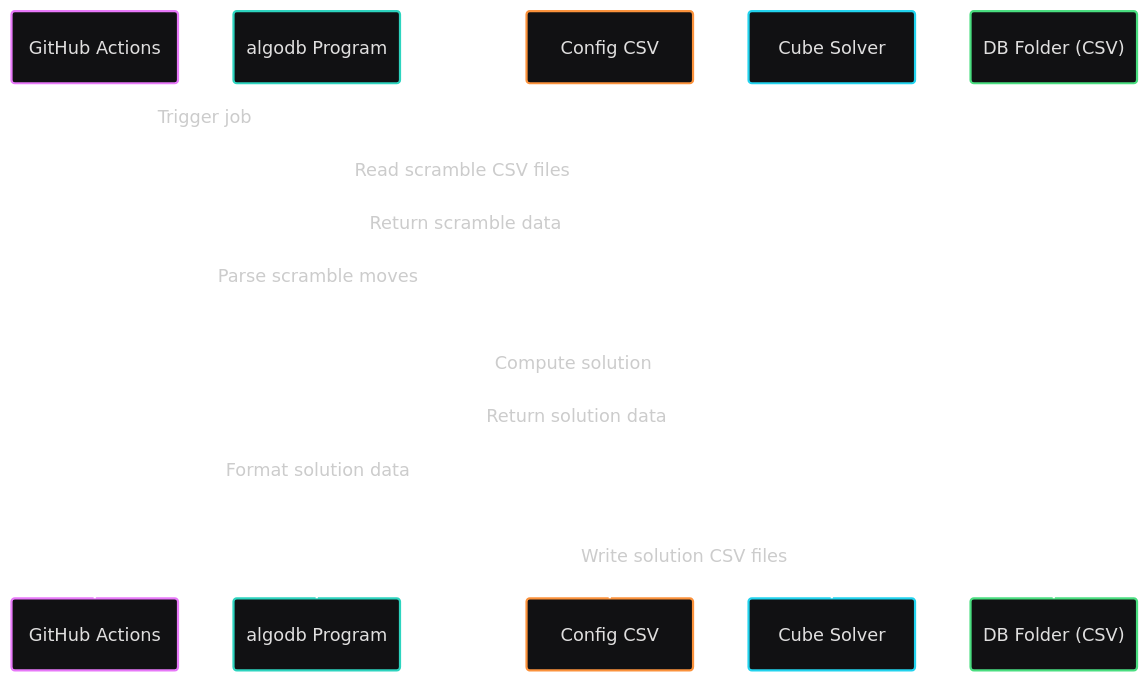
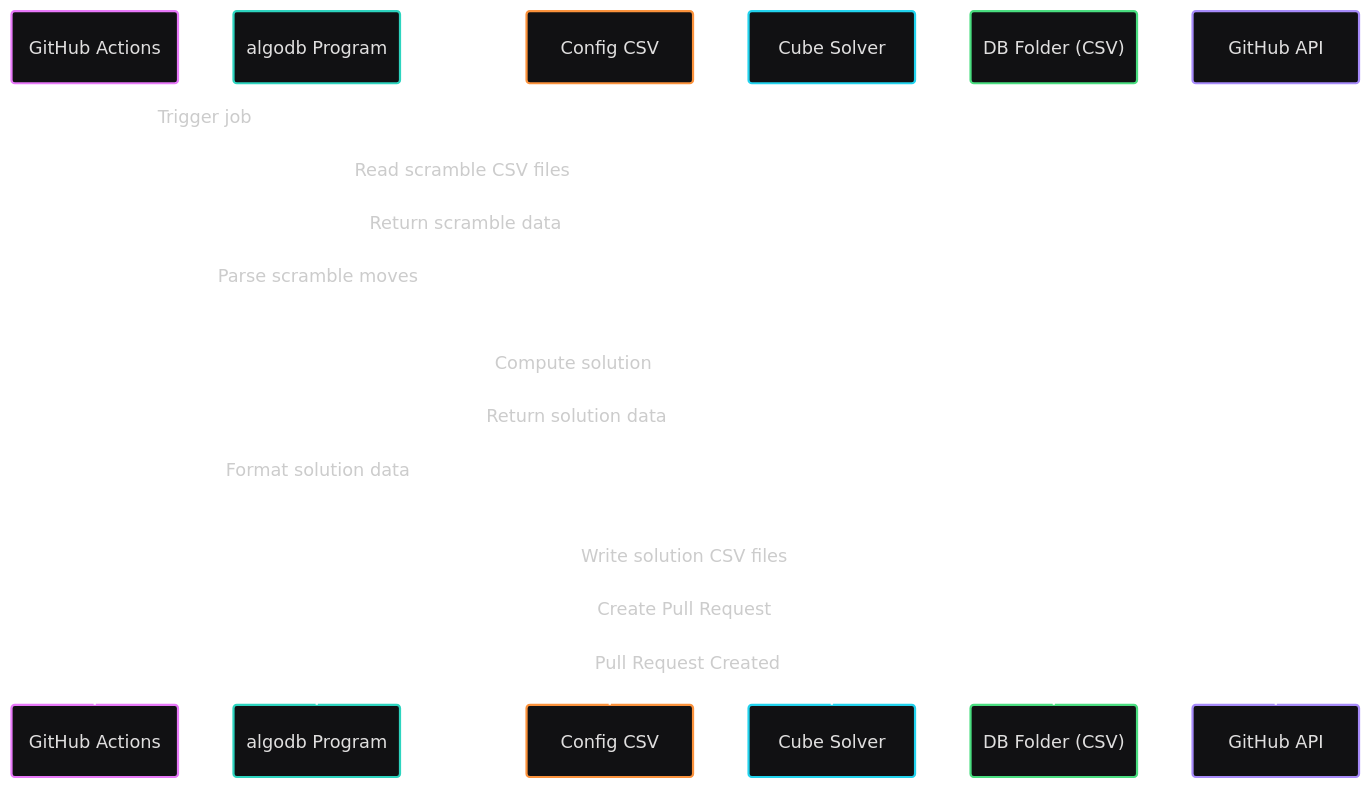
The diagram in README.md (BattlefieldDuck/algodb), drawn with Mermaid before and after one commit.

````diff
--- a/README.md
+++ b/README.md
@@ -7,23 +7,26 @@
 ```mermaid
 ---
 config:
   theme: redux-dark-color
   layout: dagre
   look: classic
 ---
 sequenceDiagram
     participant GA as GitHub Actions
     participant Prog as algodb Program
     participant CFG as Config CSV
     participant Solver as Cube Solver
     participant DB as DB Folder (CSV)
+    participant GH as GitHub API
+
     GA->>Prog: Trigger job
     Prog->>CFG: Read scramble CSV files
     CFG-->>Prog: Return scramble data
     Prog->>Prog: Parse scramble moves
     Prog->>Solver: Compute solution
     Solver-->>Prog: Return solution data
     Prog->>Prog: Format solution data
     Prog->>DB: Write solution CSV files
-
+    GA->>GH: Create Pull Request
+    GH-->>GA: Pull Request Created
 ```
````
